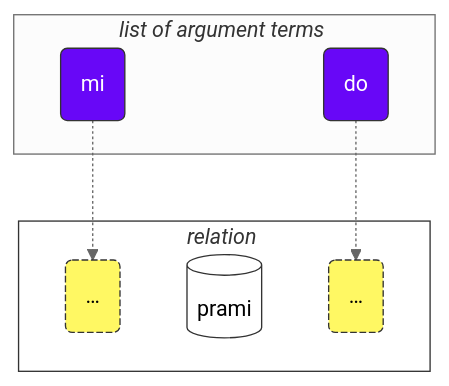
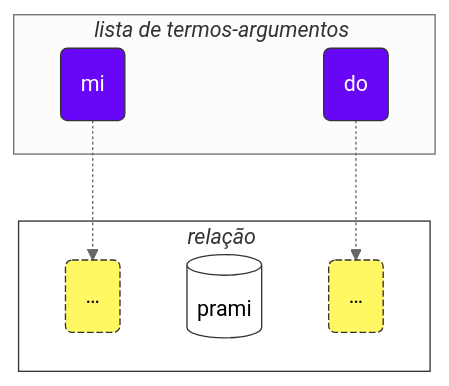
The second of 2 diagrams in data/pages/pt/books/learn-lojban/!1.md (La-Lojban/lojban.pw), drawn with Mermaid (neutral theme) before and after one commit. The commit also changed other lines of this file, not shown here.

````diff
--- a/data/pages/pt/books/learn-lojban/!1.md
+++ b/data/pages/pt/books/learn-lojban/!1.md
@@ -223,29 +223,29 @@
 ```mermaid
 flowchart TB
     %%common settings
-    subgraph bridi["<i>relation</i>#nbsp;"]
+    subgraph bridi["<i>relação</i>#nbsp;"]
         x1("…")
         selbri
         x2("…")
     end
-    subgraph sumti["<i>list of argument terms</i>#nbsp;"]
+    subgraph sumti["<i>lista de termos-argumentos</i>#nbsp;"]
         s1-.->x1
         s2-.->x2
     end
     classDef s fill:#6807F7,stroke:#333,stroke-width:1px,color:#fff;
     class s1 s;
     class s2 s;
     classDef x fill:#FFF863,stroke:#333,stroke-width:1px,stroke-dasharray: 5 2;
     class x1 x;
     class x2 x;
     classDef blabi fill:#fff,stroke:#333;
     class selbri blabi;
     class bridi blabi;
 
     %% input your sumti:
     s1(mi)
     s2(do)
     %% input your selbri
     selbri[(prami)]
 
 ```
````
